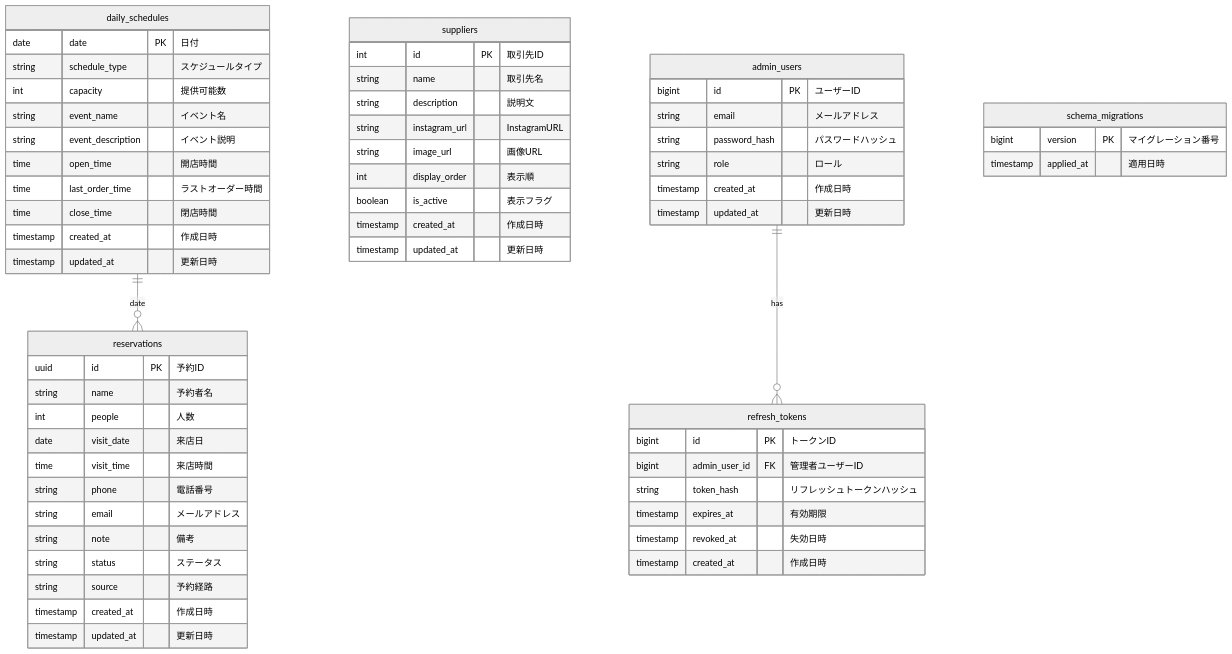
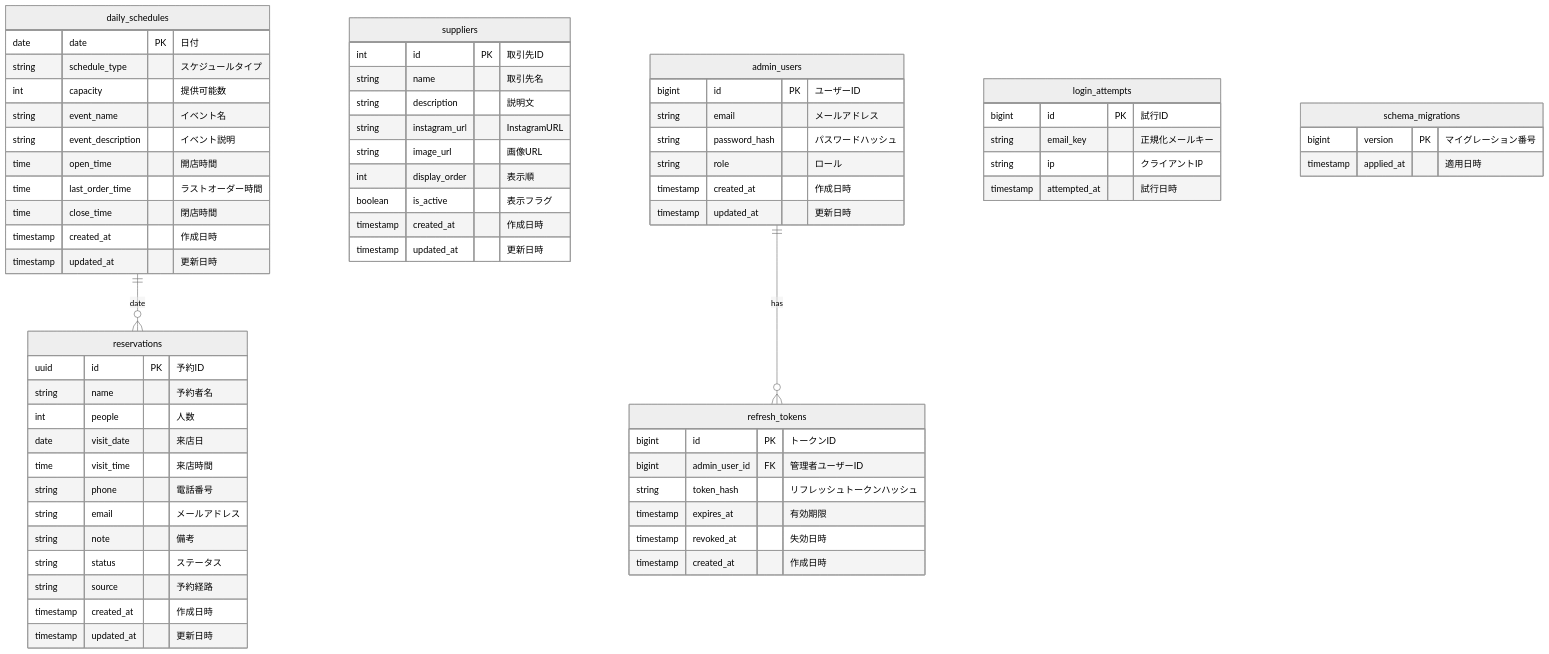
One commit to cergijame101007/satehits changed the first of 2 diagrams in docs/table_design.md. Above: the diagram before and after it, drawn with Mermaid (neutral theme). The commit also changed other lines of this file and 19 other files, not shown here.

````diff
--- a/docs/table_design.md
+++ b/docs/table_design.md
@@ -5,68 +5,75 @@
 ```mermaid
 erDiagram
     reservations {
         uuid id PK "予約ID"
         string name "予約者名"
         int people "人数"
         date visit_date "来店日"
         time visit_time "来店時間"
         string phone "電話番号"
         string email "メールアドレス"
         string note "備考"
         string status "ステータス"
         string source "予約経路"
         timestamp created_at "作成日時"
         timestamp updated_at "更新日時"
     }
 
     daily_schedules {
         date date PK "日付"
         string schedule_type "スケジュールタイプ"
         int capacity "提供可能数"
         string event_name "イベント名"
         string event_description "イベント説明"
         time open_time "開店時間"
         time last_order_time "ラストオーダー時間"
         time close_time "閉店時間"
         timestamp created_at "作成日時"
         timestamp updated_at "更新日時"
     }
 
     suppliers {
         int id PK "取引先ID"
         string name "取引先名"
         string description "説明文"
         string instagram_url "InstagramURL"
         string image_url "画像URL"
         int display_order "表示順"
         boolean is_active "表示フラグ"
         timestamp created_at "作成日時"
         timestamp updated_at "更新日時"
     }
 
     admin_users {
         bigint id PK "ユーザーID"
         string email "メールアドレス"
         string password_hash "パスワードハッシュ"
         string role "ロール"
         timestamp created_at "作成日時"
         timestamp updated_at "更新日時"
     }
 
     refresh_tokens {
         bigint id PK "トークンID"
         bigint admin_user_id FK "管理者ユーザーID"
         string token_hash "リフレッシュトークンハッシュ"
         timestamp expires_at "有効期限"
         timestamp revoked_at "失効日時"
         timestamp created_at "作成日時"
     }
 
+    login_attempts {
+        bigint id PK "試行ID"
+        string email_key "正規化メールキー"
+        string ip "クライアントIP"
+        timestamp attempted_at "試行日時"
+    }
+
     schema_migrations {
         bigint version PK "マイグレーション番号"
         timestamp applied_at "適用日時"
     }
 
     daily_schedules ||--o{ reservations : "date"
     admin_users ||--o{ refresh_tokens : "has"
 ```
````
